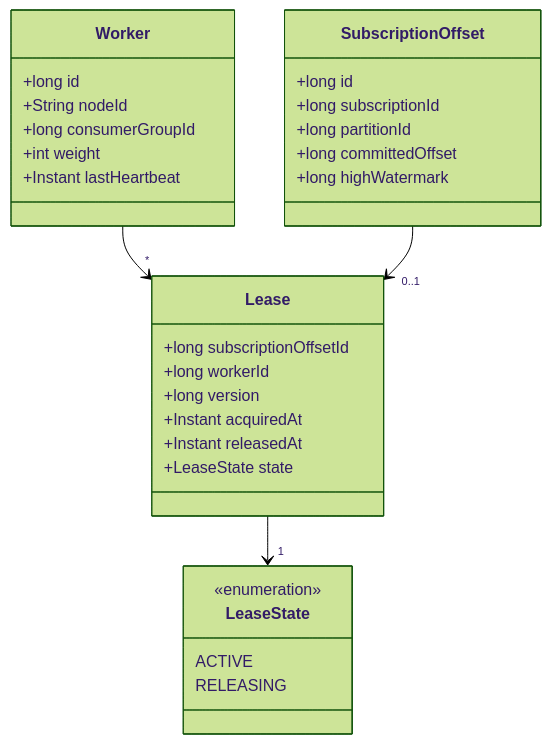
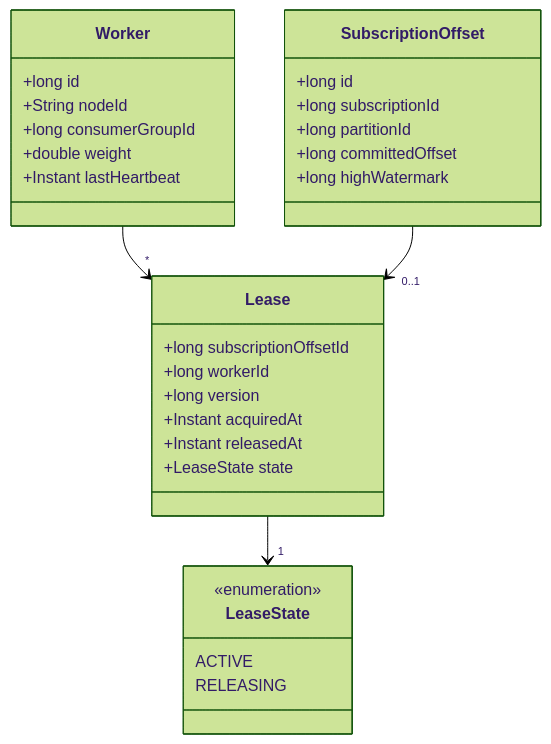
Before and after one commit to rbilleci/boxy: the second of 3 diagrams in README.md, drawn with Mermaid (forest theme). The commit also changed 11 other files, not shown here.

````diff
--- a/README.md
+++ b/README.md
@@ -110,33 +110,33 @@
 ```mermaid
 classDiagram
     class Worker {
         +long id
         +String nodeId
         +long consumerGroupId
-        +int weight
+        +double weight
         +Instant lastHeartbeat
     }
     class SubscriptionOffset {
         +long id
         +long subscriptionId
         +long partitionId
         +long committedOffset
         +long highWatermark
     }
     class Lease {
         +long subscriptionOffsetId
         +long workerId
         +long version
         +Instant acquiredAt
         +Instant releasedAt
         +LeaseState state
     }
     class LeaseState {
         <<enumeration>>
         ACTIVE
         RELEASING
     }
     Worker --> "*" Lease
     SubscriptionOffset --> "0..1" Lease
     Lease --> "1" LeaseState
 ```
````
